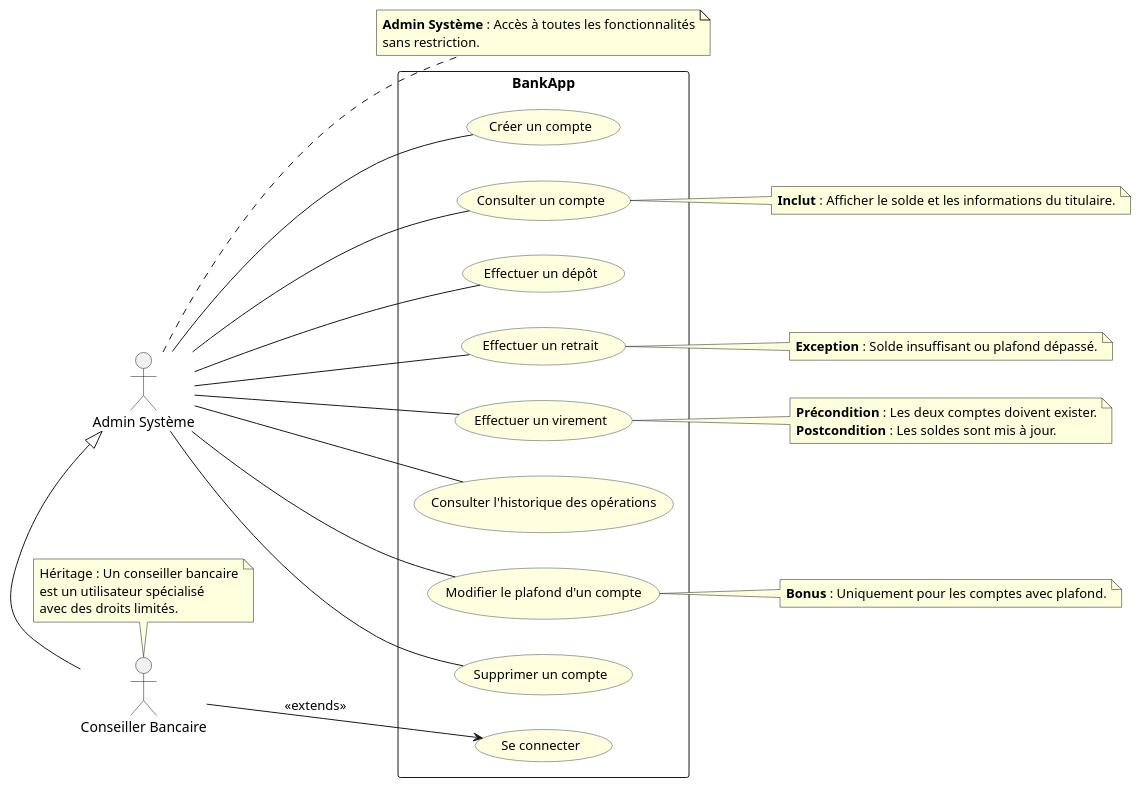
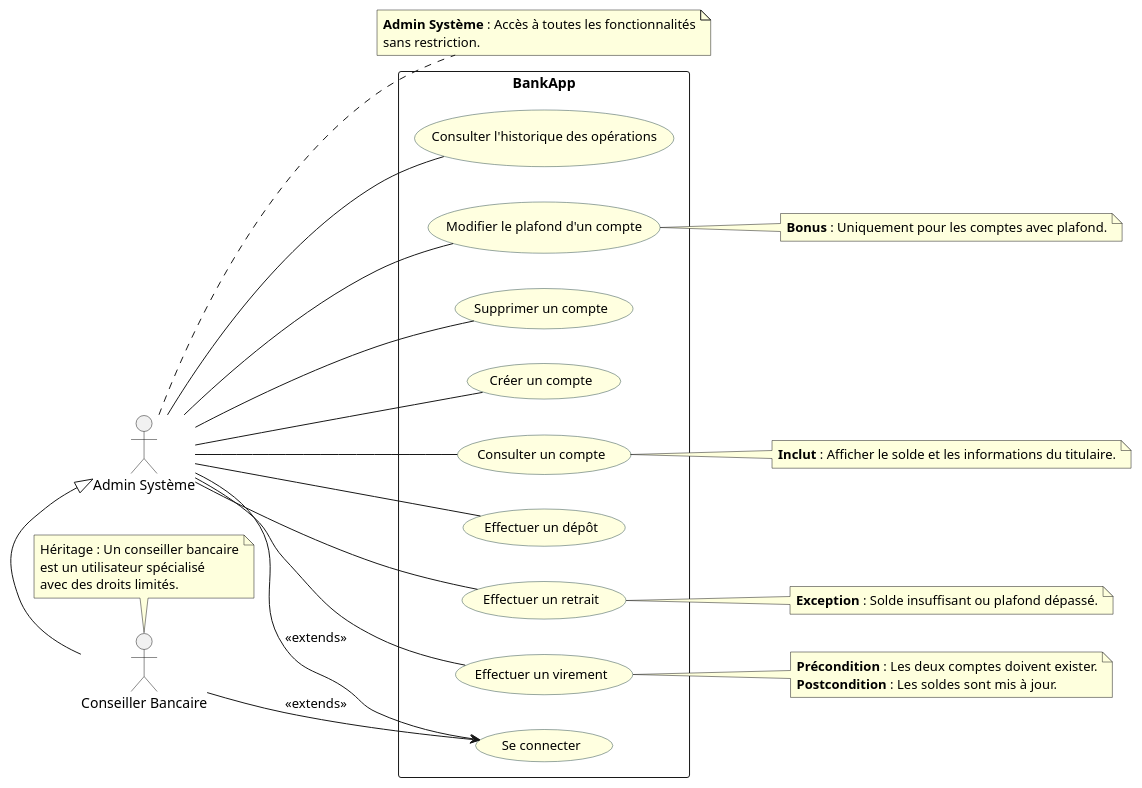
Before and after one commit to matthieu-27/java_advanced: the diagram in src/fr/fms/tpbank/_UML/BankApp_UseCase.puml, drawn with PlantUML. The commit also changed 1 other file, not shown here.

Commit message:
TPBank: Cas d'utilisation - admin et advisor doivent se connecter

```diff
--- a/src/fr/fms/tpbank/_UML/BankApp_UseCase.puml
+++ b/src/fr/fms/tpbank/_UML/BankApp_UseCase.puml
@@ -1,58 +1,58 @@
 @startuml
 left to right direction
 skinparam usecase {
   BackgroundColor LightYellow
   BorderColor DarkSlateGray
   FontSize 13
 }
 
 ' Acteurs
 actor "Admin Système" as Admin
 actor "Conseiller Bancaire" as Advisor
 
 ' Relation d'héritage entre acteurs
 Admin <|-right- Advisor
 
 ' Cas d'utilisation dans le système bancaire
 rectangle BankApp {
   Admin -- (Créer un compte)
   Admin -- (Consulter un compte)
   Admin -- (Effectuer un dépôt)
   Admin -- (Effectuer un retrait)
   Admin -- (Effectuer un virement)
   Admin -- (Consulter l'historique des opérations)
   Admin -- (Modifier le plafond d'un compte)
   Admin -- (Supprimer un compte)
-
+  Admin -right-> (Se connecter) : <<extends>>
   Advisor -right-> (Se connecter) : <<extends>>
 }
 
 ' Notes explicatives
 note right of (Consulter un compte)
   **Inclut** : Afficher le solde et les informations du titulaire.
 end note
 
 note right of (Effectuer un virement)
   **Précondition** : Les deux comptes doivent exister.
   **Postcondition** : Les soldes sont mis à jour.
 end note
 
 note right of (Effectuer un retrait)
   **Exception** : Solde insuffisant ou plafond dépassé.
 end note
 
 note right of (Modifier le plafond d'un compte)
   **Bonus** : Uniquement pour les comptes avec plafond.
 end note
 
 note top of Advisor
   Héritage : Un conseiller bancaire
   est un utilisateur spécialisé
   avec des droits limités.
 end note
 
 note right of Admin
   **Admin Système** : Accès à toutes les fonctionnalités
   sans restriction.
 end note
 @enduml
```
